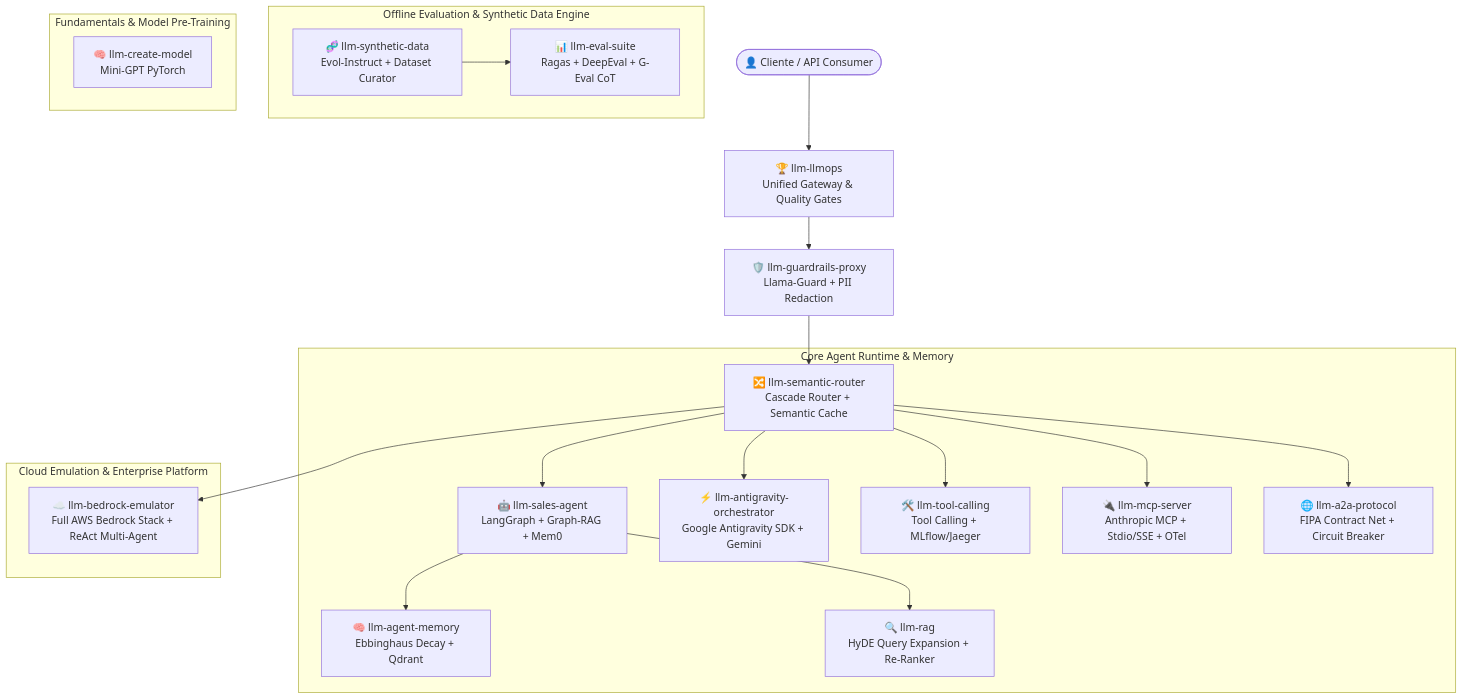
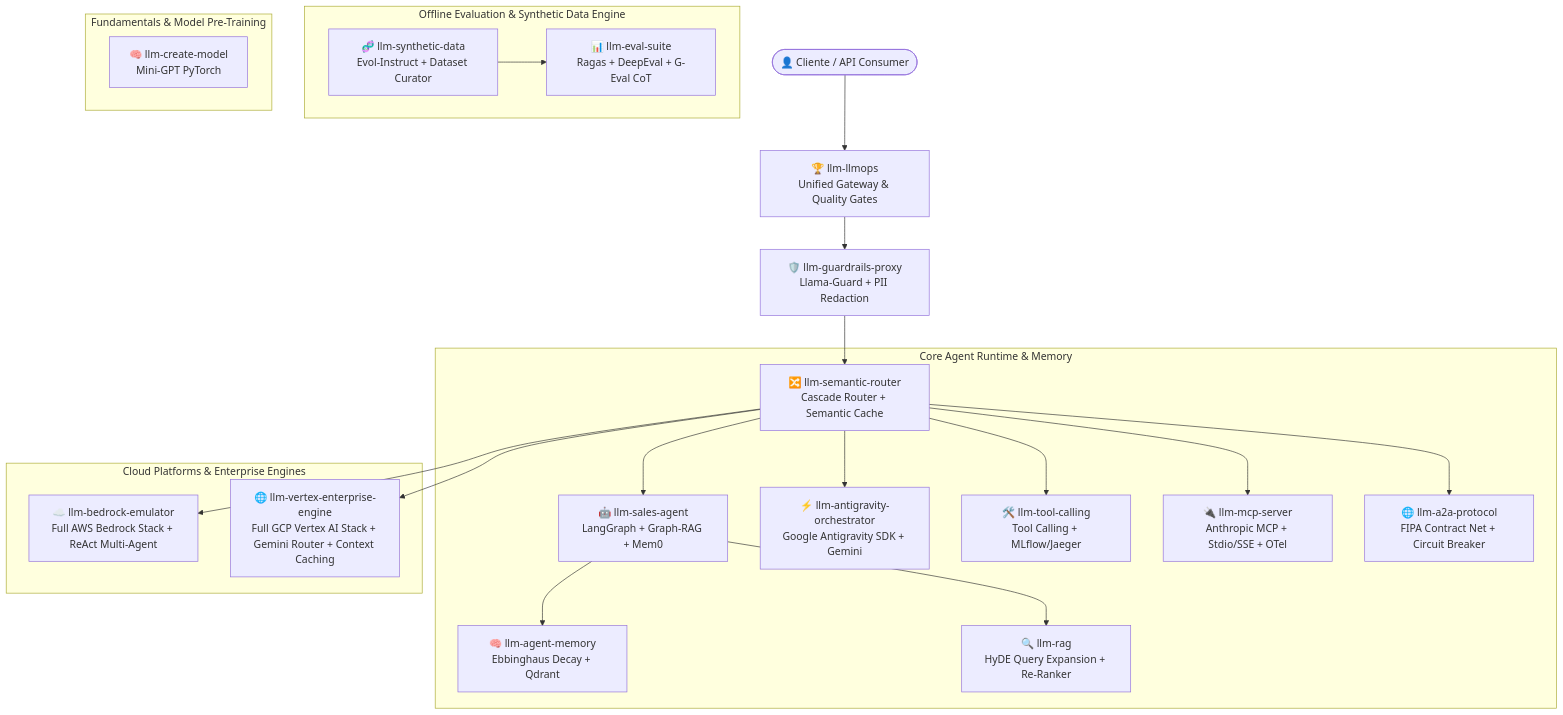
One commit to cayoesn/cayoesn changed the first of 2 diagrams in README.md. Above: the diagram before and after it, drawn with Mermaid. The commit also changed other lines of this file, not shown here.

First line of the commit message:
docs(portfolio): add vertex enterprise engine in dedicated section

````diff
--- a/README.md
+++ b/README.md
@@ -24,29 +24,30 @@
 ```mermaid
 graph TD
     Client([👤 Cliente / API Consumer]) --> LLMOpsGateway[🏆 llm-llmops<br/>Unified Gateway & Quality Gates]
     LLMOpsGateway --> Guardrails[🛡️ llm-guardrails-proxy<br/>Llama-Guard + PII Redaction]
     Guardrails --> Router[🔀 llm-semantic-router<br/>Cascade Router + Semantic Cache]
     
     subgraph "Core Agent Runtime & Memory"
         Router --> SalesAgent[🤖 llm-sales-agent<br/>LangGraph + Graph-RAG + Mem0]
         Router --> Orchestrator[⚡ llm-antigravity-orchestrator<br/>Google Antigravity SDK + Gemini]
         Router --> ToolCalling[🛠️ llm-tool-calling<br/>Tool Calling + MLflow/Jaeger]
         Router --> MCPServer[🔌 llm-mcp-server<br/>Anthropic MCP + Stdio/SSE + OTel]
         Router --> A2A[🌐 llm-a2a-protocol<br/>FIPA Contract Net + Circuit Breaker]
         
         SalesAgent --> Memory[🧠 llm-agent-memory<br/>Ebbinghaus Decay + Qdrant]
         SalesAgent --> RAG[🔍 llm-rag<br/>HyDE Query Expansion + Re-Ranker]
     end
 
-    subgraph "Cloud Emulation & Enterprise Platform"
+    subgraph "Cloud Platforms & Enterprise Engines"
         Router --> BedrockEmulator[☁️ llm-bedrock-emulator<br/>Full AWS Bedrock Stack + ReAct Multi-Agent]
+        Router --> VertexEngine[🌐 llm-vertex-enterprise-engine<br/>Full GCP Vertex AI Stack + Gemini Router + Context Caching]
     end
 
     subgraph "Offline Evaluation & Synthetic Data Engine"
         Synthetic[🧬 llm-synthetic-data<br/>Evol-Instruct + Dataset Curator] --> Eval[📊 llm-eval-suite<br/>Ragas + DeepEval + G-Eval CoT]
     end
 
     subgraph "Fundamentals & Model Pre-Training"
         CreateModel[🧠 llm-create-model<br/>Mini-GPT PyTorch]
     end
 ```
````
